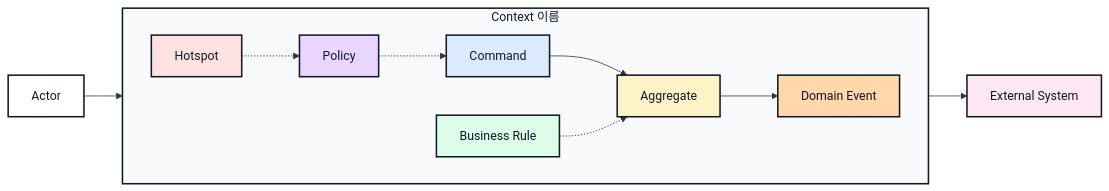
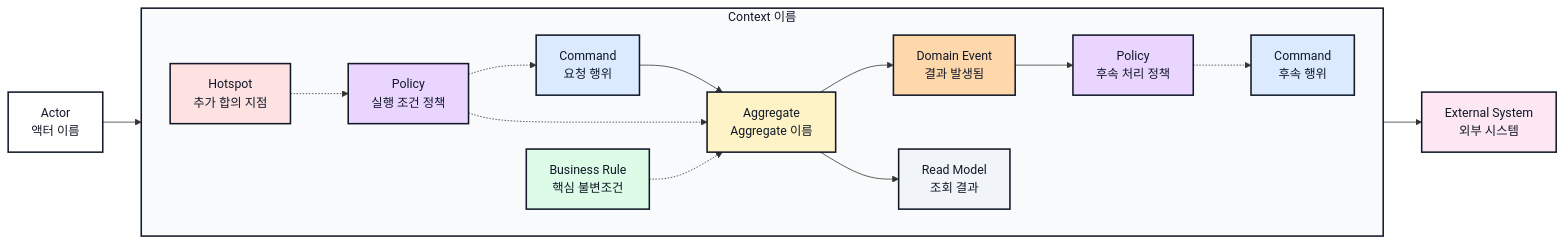
The diagram in blueprint/40-event-storming-bounded-context/.template/bounded-context.md (Medikong/archive), drawn with Mermaid before and after one commit. The commit also changed other lines of this file and 63 other files, not shown here.

Commit message:
docs(blueprint): consolidate service design and sequence structure

````diff
--- a/blueprint/40-event-storming-bounded-context/.template/bounded-context.md
+++ b/blueprint/40-event-storming-bounded-context/.template/bounded-context.md
@@ -40,43 +45,52 @@
 ```mermaid
 flowchart LR
-  actor[Actor<br>]
+  actor[Actor<br>액터 이름]
 
   subgraph ContextId[Context 이름]
     direction LR
-    command[Command<br>]
-    aggregate[Aggregate<br>]
-    event[Domain Event<br>]
-    policy[Policy<br>]
-    rule[Business Rule<br>]
-    hotspot[Hotspot<br>]
+    command[Command<br>요청 행위]
+    nextCommand[Command<br>후속 행위]
+    aggregate[Aggregate<br>Aggregate 이름]
+    event[Domain Event<br>결과 발생됨]
+    processPolicy[Policy<br>후속 처리 정책]
+    guardPolicy[Policy<br>실행 조건 정책]
+    rule[Business Rule<br>핵심 불변조건]
+    hotspot[Hotspot<br>추가 합의 지점]
+    readmodel[Read Model<br>조회 결과]
   end
 
-  external[External System<br>]
+  external[External System<br>외부 시스템]
 
   actor --> command
   command --> aggregate
   aggregate --> event
-  policy -.-> command
+  event --> processPolicy
+  processPolicy -.-> nextCommand
+  aggregate --> readmodel
+  guardPolicy -.-> command
+  guardPolicy -.-> aggregate
   rule -.-> aggregate
-  hotspot -.-> policy
-  policy --> external
+  hotspot -.-> guardPolicy
+  aggregate --> external
 
   classDef actor fill:#FFFFFF,stroke:#111827,color:#111827,stroke-width:2px;
   classDef command fill:#DBEAFE,stroke:#111827,color:#111827,stroke-width:2px;
   classDef aggregate fill:#FEF3C7,stroke:#111827,color:#111827,stroke-width:2px;
   classDef event fill:#FED7AA,stroke:#111827,color:#111827,stroke-width:2px;
   classDef policy fill:#E9D5FF,stroke:#111827,color:#111827,stroke-width:2px;
   classDef rule fill:#DCFCE7,stroke:#111827,color:#111827,stroke-width:2px;
   classDef hotspot fill:#FEE2E2,stroke:#111827,color:#111827,stroke-width:2px;
   classDef external fill:#FCE7F3,stroke:#111827,color:#111827,stroke-width:2px;
+  classDef readmodel fill:#F1F5F9,stroke:#111827,color:#111827,stroke-width:2px;
 
   class actor actor;
-  class command command;
+  class command,nextCommand command;
   class aggregate aggregate;
   class event event;
-  class policy policy;
+  class processPolicy,guardPolicy policy;
   class rule rule;
   class hotspot hotspot;
   class external external;
+  class readmodel readmodel;
   style ContextId fill:#F9FAFB,stroke:#111827,color:#111827,stroke-width:2px;
 ```
````
